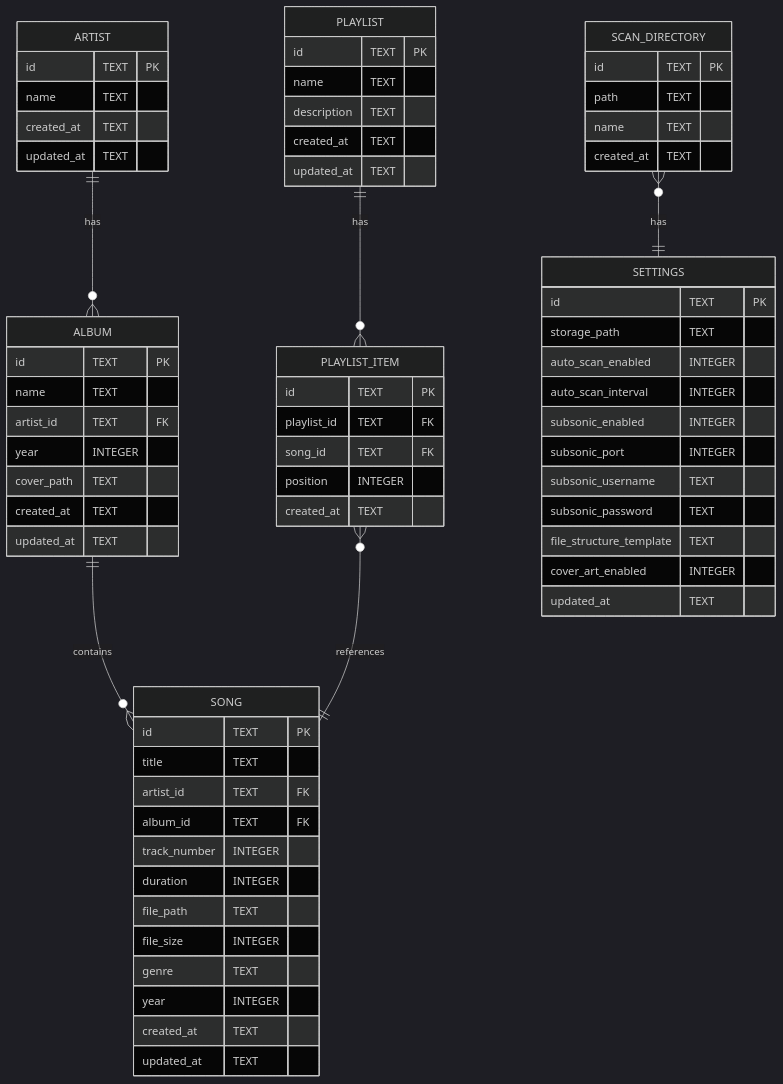
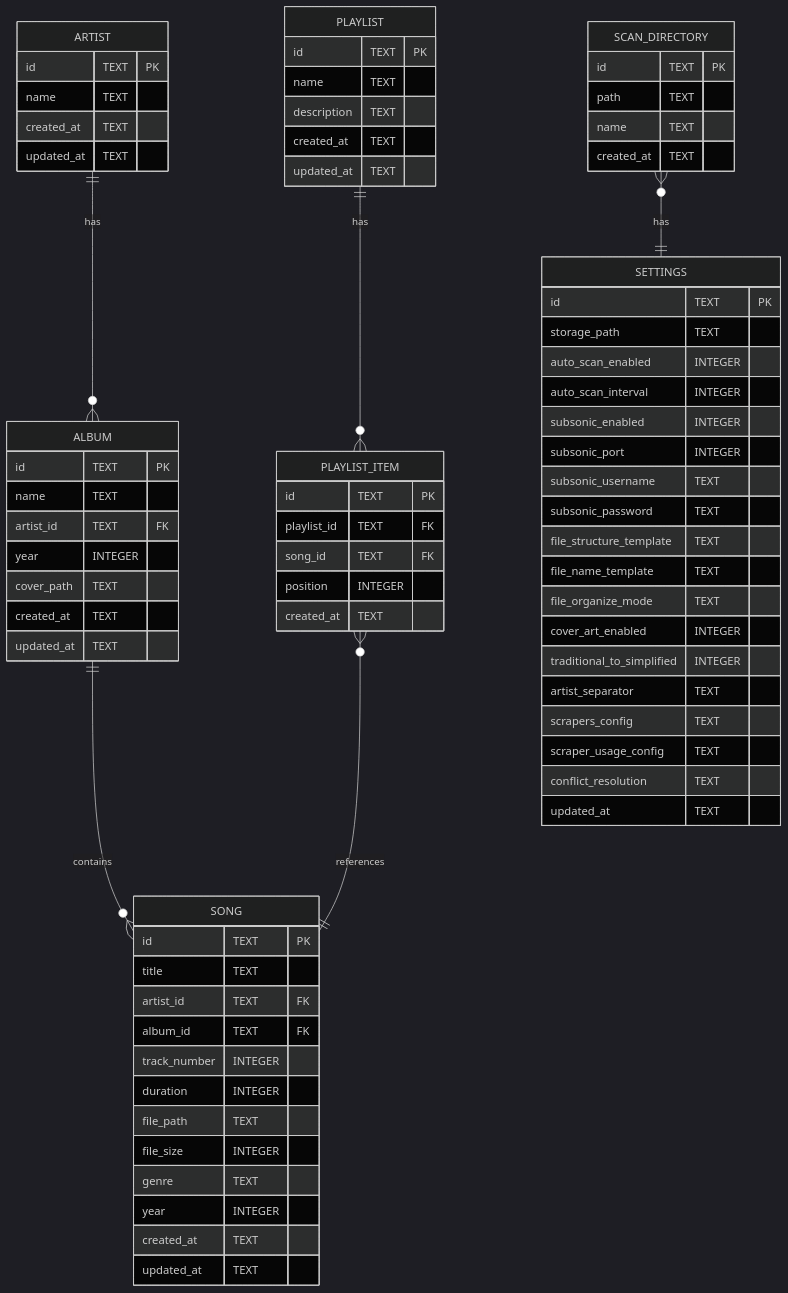
The third of 3 diagrams in docs/TECHNICAL_ARCHITECTURE.md (WNotCoder/music-organize), drawn with Mermaid (dark theme) before and after one commit. The commit also changed other lines of this file and 38 other files, not shown here.

````diff
--- a/docs/TECHNICAL_ARCHITECTURE.md
+++ b/docs/TECHNICAL_ARCHITECTURE.md
@@ -402,7 +521,14 @@
         subsonic_username TEXT
         subsonic_password TEXT
         file_structure_template TEXT
+        file_name_template TEXT
+        file_organize_mode TEXT
         cover_art_enabled INTEGER
+        traditional_to_simplified INTEGER
+        artist_separator TEXT
+        scrapers_config TEXT
+        scraper_usage_config TEXT
+        conflict_resolution TEXT
         updated_at TEXT
     }
 ```
````
